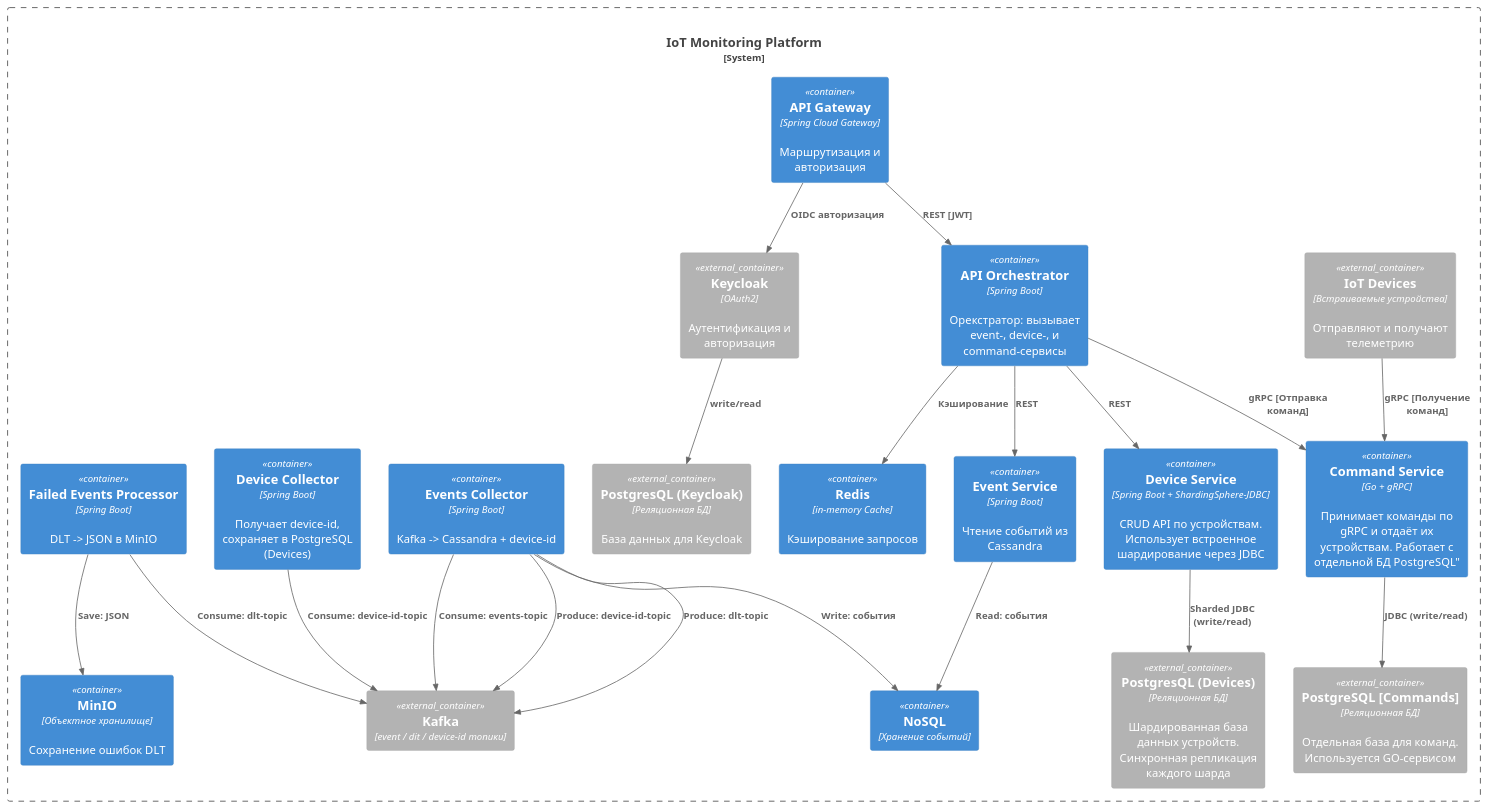
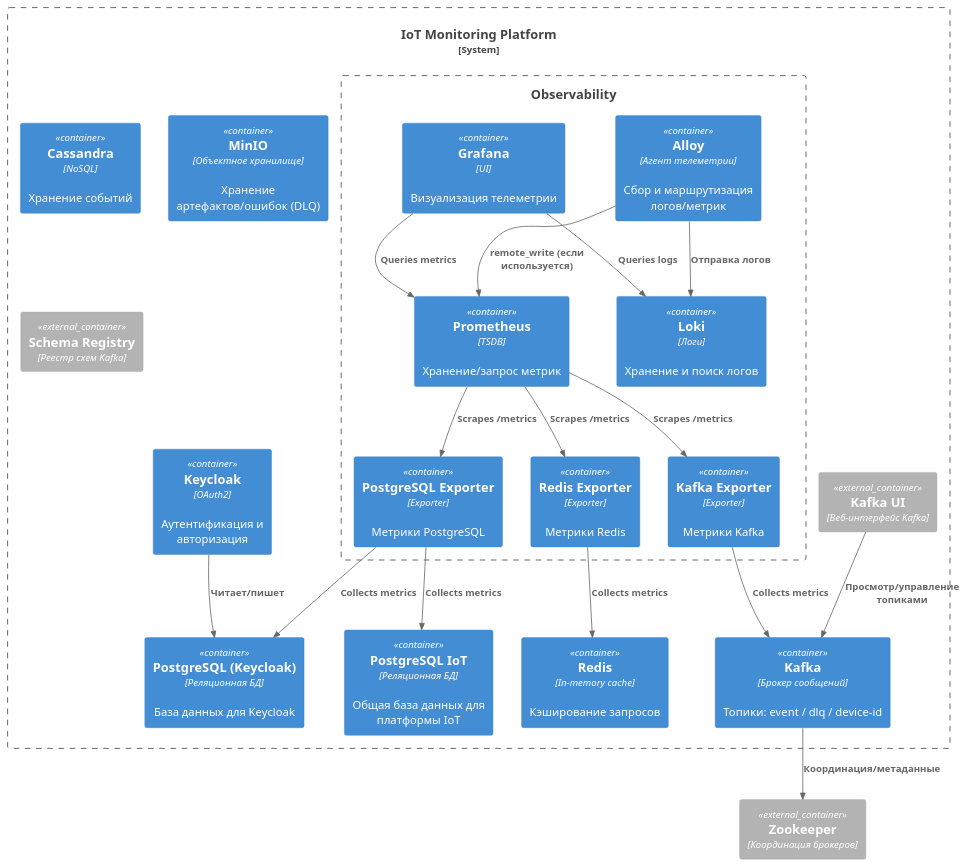
Before and after one commit to Ussopmm/iot-platform: the diagram in diagrams/containers.puml, drawn with PlantUML. The commit also changed other lines of this file and 1 other file, not shown here.

```diff
--- a/diagrams/containers.puml
+++ b/diagrams/containers.puml
@@ -1,43 +2,50 @@
-@startuml Containers
+@startuml
 !includeurl https://raw.githubusercontent.com/plantuml-stdlib/C4-PlantUML/master/C4_Container.puml
 
-Container_Boundary(platform, "IoT Monitoring Platform", "system") {
-    Container(api_gateway, "API Gateway", "Spring Cloud Gateway", "Маршрутизация и авторизация")
-    Container_Ext(devices, "IoT Devices", "Встраиваемые устройства", "Отправляют и получают телеметрию")
-    Container_Ext(keycloak, "Keycloak", "OAuth2", "Аутентификация и авторизация")
-    Container(api_orchestrator, "API Orchestrator", "Spring Boot", "Орекстратор: вызывает event-, device-, и command-сервисы")
-    Container(command_service, "Command Service", "Go + gRPC", Принимает команды по gRPC и отдаёт их устройствам. Работает с отдельной БД PostgreSQL")
-    Container(device_service, "Device Service", "Spring Boot + ShardingSphere-JDBC", "CRUD API по устройствам. Использует встроенное шардирование через JDBC")
-    Container(event_service, "Event Service", "Spring Boot", "Чтение событий из Cassandra")
-    Container(redis, "Redis", "in-memory Cache", "Кэширование запросов")
-    Container(events_collector, "Events Collector", "Spring Boot", "Kafka -> Cassandra + device-id")
-    Container(device_collector, "Device Collector", "Spring Boot", "Получает device-id, сохраняет в PostgreSQL (Devices)")
-    Container(failed_events_processor, "Failed Events Processor", "Spring Boot", "DLT -> JSON в MinIO")
-    Container_Ext(postgresql_commands, "PostgreSQL [Commands]", "Реляционная БД", "Отдельная база для команд. Используется GO-сервисом")
-    Container_Ext(postgresql_devices, "PostgresQL (Devices)", "Реляционная БД", "Шардированная база данных устройств. Синхронная репликация каждого шарда")
-    Container_Ext(postgresql_keycloak, "PostgresQL (Keycloak)", "Реляционная БД", "База данных для Keycloak")
-    Container(cassandra_cluster, "NoSQL", "Хранение событий")
-    Container_Ext(kafka_cluster, "Kafka", "event / dit / device-id топики")
-    Container(minio, "MinIO", "Объектное хранилище", "Сохранение ошибок DLT")
+System_Boundary(platform, "IoT Monitoring Platform") {
+    Container(keycloak, "Keycloak", "OAuth2", "Аутентификация и авторизация")
+    Container(postgresql_keycloak, "PostgreSQL (Keycloak)", "Реляционная БД", "База данных для Keycloak")
+    Container(postgresql_iot, "PostgreSQL IoT", "Реляционная БД", "Общая база данных для платформы IoT")
+    Container(redis, "Redis", "In-memory cache", "Кэширование запросов")
+    Container(cassandra_cluster, "Cassandra", "NoSQL", "Хранение событий")
+    Container(kafka_cluster, "Kafka", "Брокер сообщений", "Топики: event / dlq / device-id")
+    Container(minio, "MinIO", "Объектное хранилище", "Хранение артефактов/ошибок (DLQ)")
+
+    Container_Ext(schema_registry, "Schema Registry", "Реестр схем Kafka")
+    Container_Ext(kafka_ui, "Kafka UI", "Веб-интерфейс Kafka")
+
+    Boundary(obs, "Observability") {
+        Container(alloy, "Alloy", "Агент телеметрии", "Сбор и маршрутизация логов/метрик")
+        Container(prometheus, "Prometheus", "TSDB", "Хранение/запрос метрик")
+        Container(loki, "Loki", "Логи", "Хранение и поиск логов")
+        Container(grafana, "Grafana", "UI", "Визуализация телеметрии")
+
+        Container(redis_exporter, "Redis Exporter", "Exporter", "Метрики Redis")
+        Container(kafka_exporter, "Kafka Exporter", "Exporter", "Метрики Kafka")
+        Container(postgres_exporter, "PostgreSQL Exporter", "Exporter", "Метрики PostgreSQL")
+    }
 }
 
-Rel(api_gateway, keycloak, "OIDC авторизация")
-Rel(api_gateway, api_orchestrator, "REST [JWT]")
-Rel(devices, command_service, "gRPC [Получение команд]")
-Rel(api_orchestrator, device_service, "REST")
-Rel(api_orchestrator, event_service, "REST")
-Rel(api_orchestrator, redis, "Кэширование")
-Rel(api_orchestrator, command_service, "gRPC [Отправка команд]")
-Rel(command_service, postgresql_commands, "JDBC (write/read)")
-Rel(device_service, postgresql_devices, "Sharded JDBC (write/read)")
-Rel(event_service, cassandra_cluster, "Read: события")
-Rel(events_collector, cassandra_cluster, "Write: события")
-Rel(events_collector, kafka_cluster, "Consume: events-topic")
-Rel(events_collector, kafka_cluster, "Produce: device-id-topic")
-Rel(events_collector, kafka_cluster, "Produce: dlt-topic")
-Rel(device_collector, kafka_cluster, "Consume: device-id-topic")
-Rel(failed_events_processor, kafka_cluster, "Consume: dlt-topic")
-Rel(failed_events_processor, minio, "Save: JSON")
-Rel(keycloak, postgresql_keycloak, "write/read")
+Rel(keycloak, postgresql_keycloak, "Читает/пишет")
+
+Container_Ext(zookeeper, "Zookeeper", "Координация брокеров")
+Rel(kafka_cluster, zookeeper, "Координация/метаданные")
+
+Rel(redis_exporter, redis, "Collects metrics")
+Rel(kafka_exporter, kafka_cluster, "Collects metrics")
+Rel(postgres_exporter, postgresql_iot, "Collects metrics")
+Rel(postgres_exporter, postgresql_keycloak, "Collects metrics")
+
+Rel(prometheus, redis_exporter, "Scrapes /metrics")
+Rel(prometheus, kafka_exporter, "Scrapes /metrics")
+Rel(prometheus, postgres_exporter, "Scrapes /metrics")
+
+Rel(grafana, prometheus, "Queries metrics")
+Rel(grafana, loki, "Queries logs")
+
+Rel(alloy, loki, "Отправка логов")
+Rel(alloy, prometheus, "remote_write (если используется)")
+
+Rel(kafka_ui, kafka_cluster, "Просмотр/управление топиками")
 
 @enduml
```
